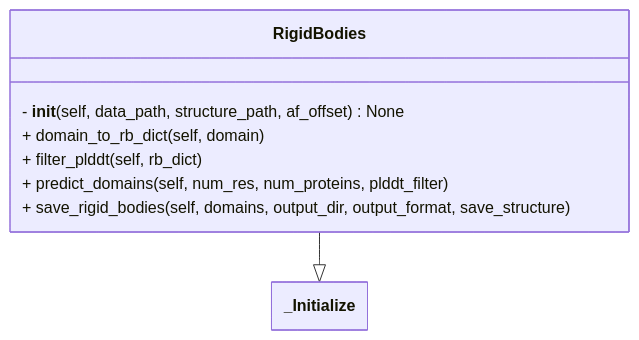
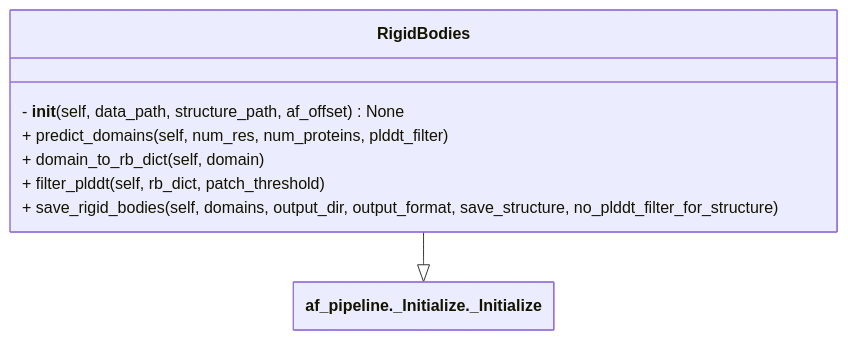
Before and after one commit to isblab/IMP_Toolbox: the third of 4 diagrams in af_pipeline/README.md, drawn with Mermaid. The commit also changed other lines of this file, not shown here.

````diff
--- a/af_pipeline/README.md
+++ b/af_pipeline/README.md
@@ -176,17 +323,17 @@
 ```mermaid
 ---
 config:
   class:
     hideEmptyMembersBox: True
 ---
 classDiagram
     class RigidBodies {
         - __init__(self, data_path, structure_path, af_offset) None
+        + predict_domains(self, num_res, num_proteins, plddt_filter)
         + domain_to_rb_dict(self, domain)
-        + filter_plddt(self, rb_dict)
-        + predict_domains(self, num_res, num_proteins, plddt_filter)
-        + save_rigid_bodies(self, domains, output_dir, output_format, save_structure)
+        + filter_plddt(self, rb_dict, patch_threshold)
+        + save_rigid_bodies(self, domains, output_dir, output_format, save_structure, no_plddt_filter_for_structure)
     }
 
-    RigidBodies --|> `_Initialize`
+    RigidBodies --|> `af_pipeline._Initialize._Initialize`
 ```
````
